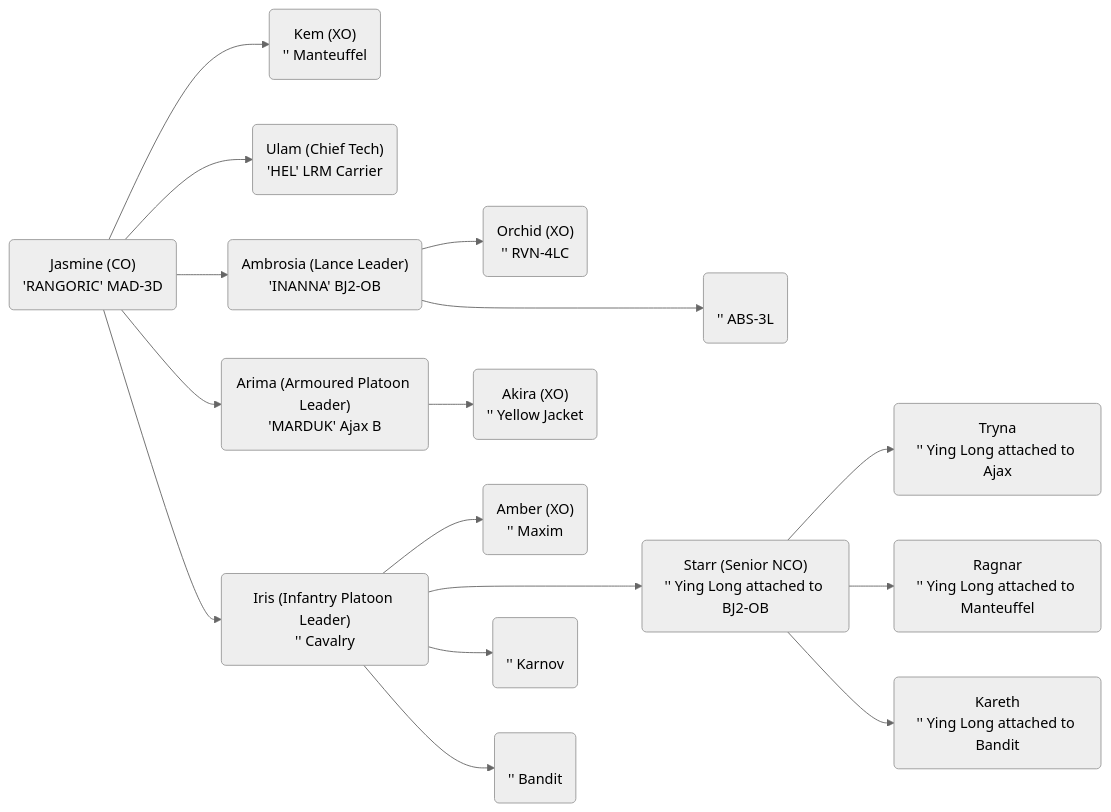
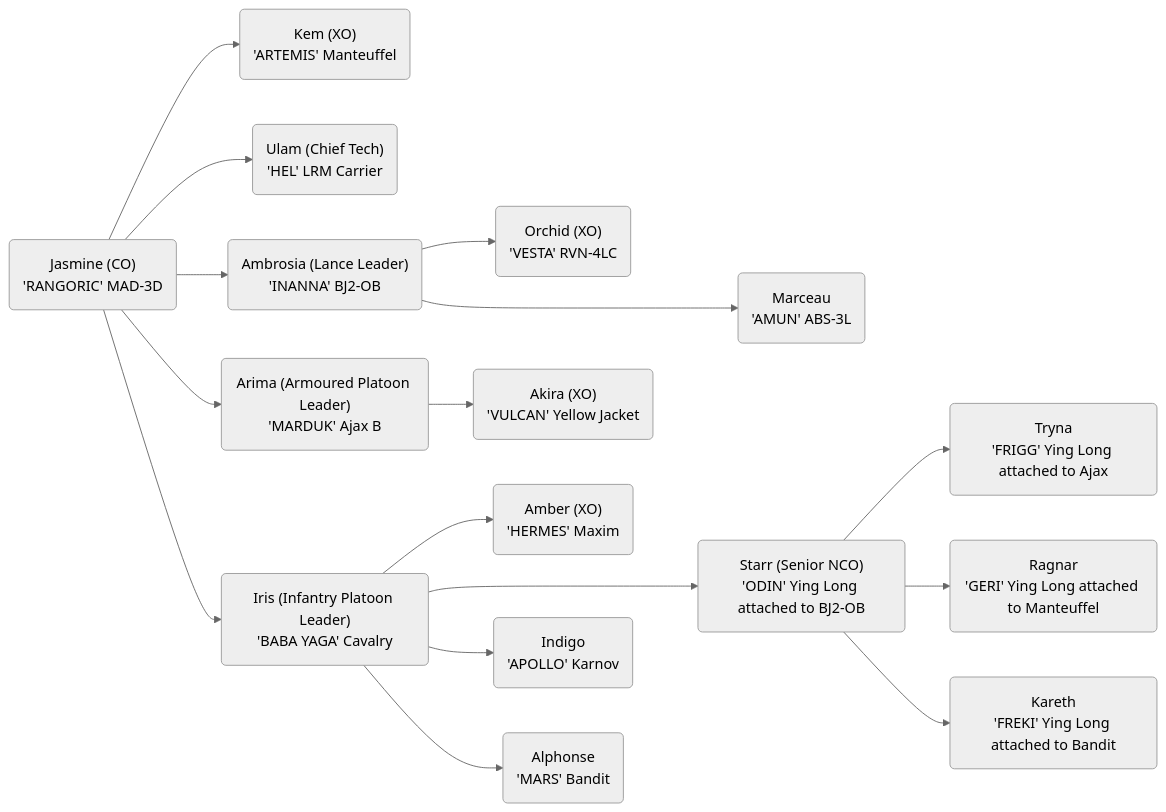
Before and after one commit to Rangoric/BattleTech-Campaign: the diagram in README.md, drawn with Mermaid (neutral theme). The commit also changed other lines of this file, not shown here.

````diff
--- a/README.md
+++ b/README.md
@@ -3,34 +3,34 @@
 ```mermaid
 flowchart LR
   co("Jasmine (CO)\n'RANGORIC' MAD-3D")
-  xo("Kem (XO)\n'' Manteuffel")
+  xo("Kem (XO)\n'ARTEMIS' Manteuffel")
   ct("Ulam (Chief Tech)\n'HEL' LRM Carrier")
   ll("Ambrosia (Lance Leader)\n'INANNA' BJ2-OB")
-  lm1("\n'' ABS-3L")
-  lxo("Orchid (XO)\n'' RVN-4LC")
+  lm1("Marceau\n'AMUN' ABS-3L")
+  lxo("Orchid (XO)\n'VESTA' RVN-4LC")
   al("Arima (Armoured Platoon Leader)\n'MARDUK' Ajax B")
-  axo("Akira (XO)"\n'' Yellow Jacket)
-  il("Iris (Infantry Platoon Leader)"\n'' Cavalry)
-  im1("\n'' Karnov")
-  im2("\n'' Bandit")
-  isnco("Starr (Senior NCO)\n'' Ying Long attached to BJ2-OB")
-  iyl1("Tryna\n'' Ying Long attached to Ajax")
-  iyl2("Ragnar\n'' Ying Long attached to Manteuffel")
-  iyl3("Kareth\n'' Ying Long attached to Bandit")
-  ixo("Amber (XO)\n'' Maxim")
+  axo("Akira (XO)"\n'VULCAN' Yellow Jacket)
+  il("Iris (Infantry Platoon Leader)"\n'BABA YAGA' Cavalry)
+  im1("Indigo\n'APOLLO' Karnov")
+  im2("Alphonse\n'MARS' Bandit")
+  isnco("Starr (Senior NCO)\n'ODIN' Ying Long attached to BJ2-OB")
+  iyl1("Tryna\n'FRIGG' Ying Long attached to Ajax")
+  iyl2("Ragnar\n'GERI' Ying Long attached to Manteuffel")
+  iyl3("Kareth\n'FREKI' Ying Long attached to Bandit")
+  ixo("Amber (XO)\n'HERMES' Maxim")
   co --> xo
   co --> ct
   co --> ll
   co --> al
   co --> il
   ll --> lxo
   ll ---> lm1
   al --> axo
   il --> ixo
   il ---> isnco
   il --> im1
   il --> im2
   isnco --> iyl1
   isnco --> iyl2
   isnco --> iyl3
 ```
````
